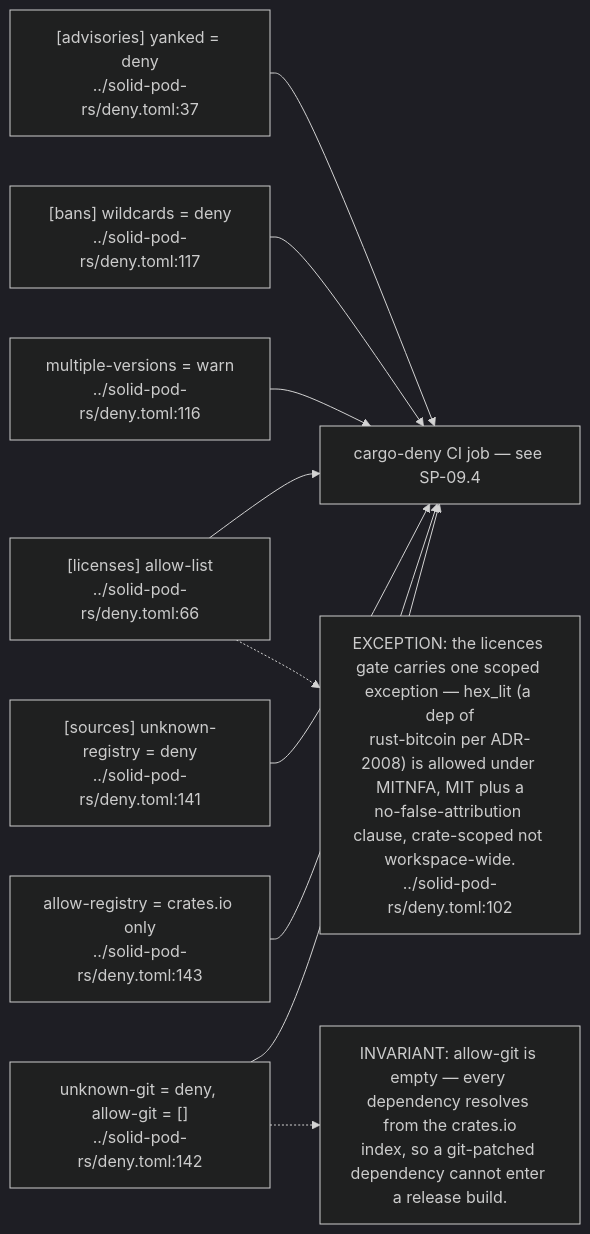
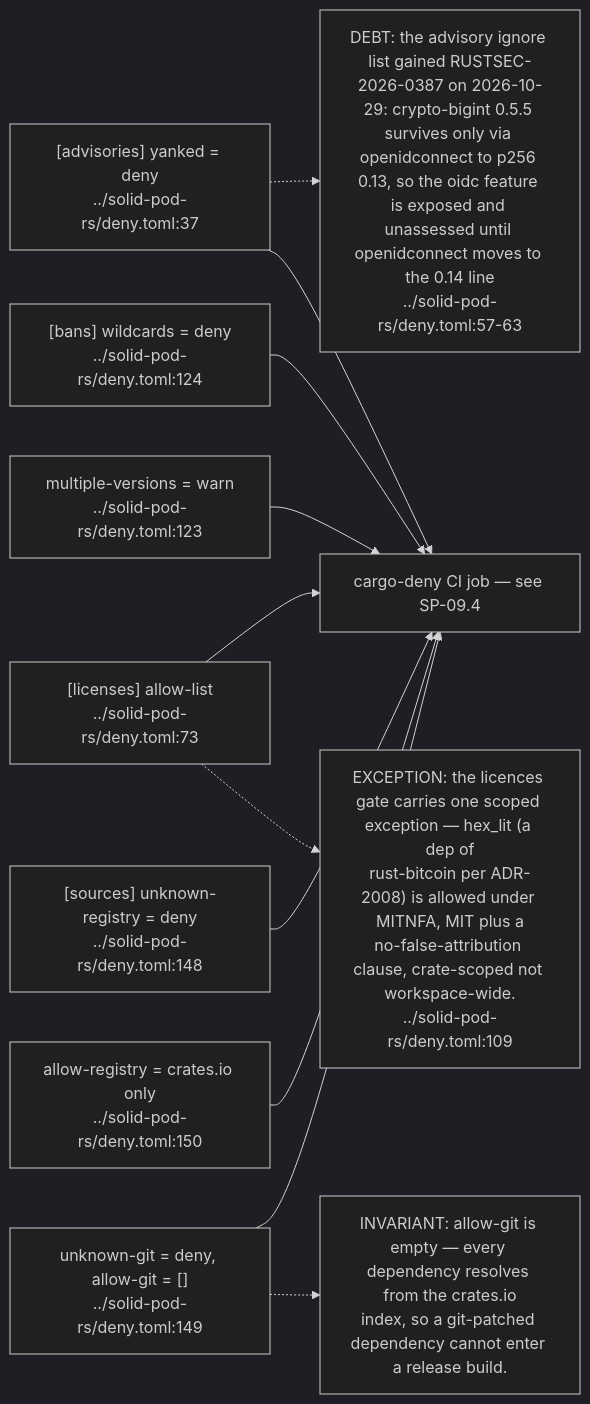
Before and after one commit to DreamLab-AI/VisionFlow: the tenth of 12 diagrams in docs/diagrams/solid-pod-rs/01-workspace-composition.md, drawn with Mermaid (dark theme). The commit also changed other lines of this file and 142 other files, not shown here.

First line of the commit message:
docs(diagrams): one System One route; re-verify 140 topics at today's heads

````diff
--- a/docs/diagrams/solid-pod-rs/01-workspace-composition.md
+++ b/docs/diagrams/solid-pod-rs/01-workspace-composition.md
@@ -291,23 +291,25 @@
 ```mermaid
 flowchart LR
     ADV["[advisories] yanked = deny<br/>../solid-pod-rs/deny.toml:37"]
-    LIC["[licenses] allow-list<br/>../solid-pod-rs/deny.toml:66"]
-    BANS["[bans] wildcards = deny<br/>../solid-pod-rs/deny.toml:117"]
-    MULTI["multiple-versions = warn<br/>../solid-pod-rs/deny.toml:116"]
-    SRC["[sources] unknown-registry = deny<br/>../solid-pod-rs/deny.toml:141"]
-    GITS["unknown-git = deny, allow-git = []<br/>../solid-pod-rs/deny.toml:142"]
-    REG["allow-registry = crates.io only<br/>../solid-pod-rs/deny.toml:143"]
+    LIC["[licenses] allow-list<br/>../solid-pod-rs/deny.toml:73"]
+    BANS["[bans] wildcards = deny<br/>../solid-pod-rs/deny.toml:124"]
+    MULTI["multiple-versions = warn<br/>../solid-pod-rs/deny.toml:123"]
+    SRC["[sources] unknown-registry = deny<br/>../solid-pod-rs/deny.toml:148"]
+    GITS["unknown-git = deny, allow-git = []<br/>../solid-pod-rs/deny.toml:149"]
+    REG["allow-registry = crates.io only<br/>../solid-pod-rs/deny.toml:150"]
 
+    DEBT["DEBT: the advisory ignore list gained RUSTSEC-2026-0387 on 2026-10-29: crypto-bigint 0.5.5 survives only via openidconnect to p256 0.13, so the oidc feature is exposed and unassessed until openidconnect moves to the 0.14 line<br/>../solid-pod-rs/deny.toml:57-63"]
+    ADV -.-> DEBT
     ADV --> OUT["cargo-deny CI job — see SP-09.4"]
     LIC --> OUT
     BANS --> OUT
     MULTI --> OUT
     SRC --> OUT
     GITS --> OUT
     REG --> OUT
 
     N["INVARIANT: allow-git is empty — every dependency resolves from the crates.io<br/>index, so a git-patched dependency cannot enter a release build."]
     GITS -.-> N
-    X["EXCEPTION: the licences gate carries one scoped exception — hex_lit (a dep of<br/>rust-bitcoin per ADR-2008) is allowed under MITNFA, MIT plus a<br/>no-false-attribution clause, crate-scoped not workspace-wide.<br/>../solid-pod-rs/deny.toml:102"]
+    X["EXCEPTION: the licences gate carries one scoped exception — hex_lit (a dep of<br/>rust-bitcoin per ADR-2008) is allowed under MITNFA, MIT plus a<br/>no-false-attribution clause, crate-scoped not workspace-wide.<br/>../solid-pod-rs/deny.toml:109"]
     LIC -.-> X
 ```
````
